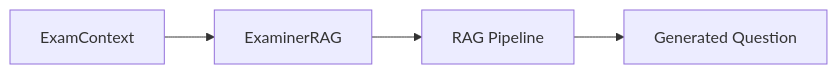
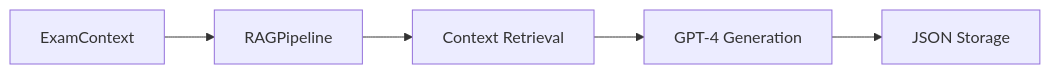
Before and after one commit to CHANHaochengZhang/chatexaminer: the second of 3 diagrams in readme.md, drawn with Mermaid. The commit also changed other lines of this file and 2 other files, not shown here.

Commit message:
feat: qiestion generation and evaluation init

````diff
--- a/readme.md
+++ b/readme.md
@@ -139,6 +148,7 @@
    ```mermaid
    graph LR
-   A[ExamContext] --> B[ExaminerRAG]
-   B --> C[RAG Pipeline]
-   C --> D[Generated Question]
+   A[ExamContext] --> B[RAGPipeline]
+   B --> C[Context Retrieval]
+   C --> D[GPT-4 Generation]
+   D --> E[JSON Storage]
    ```
````
